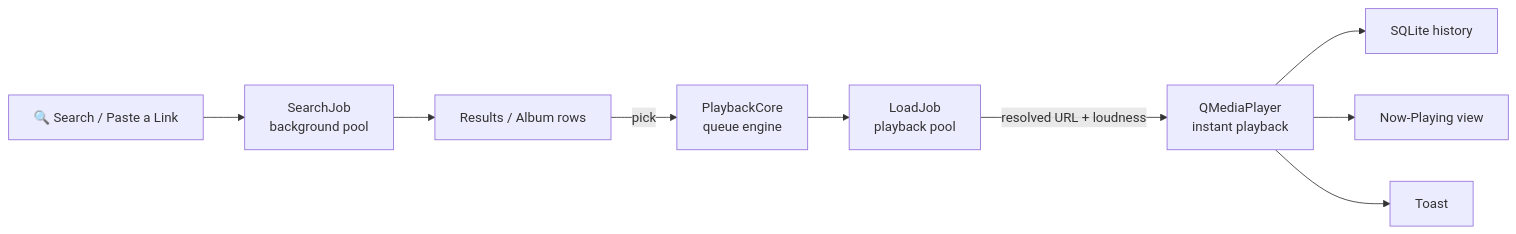
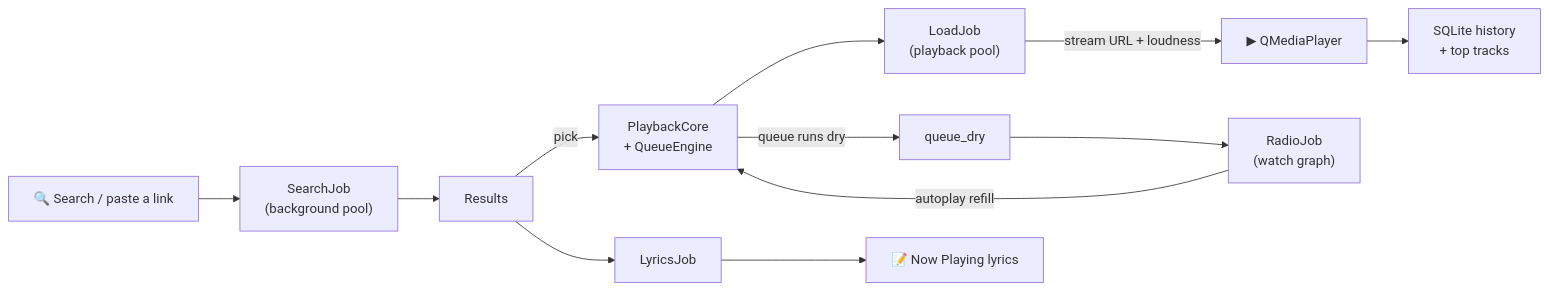
The diagram in README.md (qtjg/hearth), drawn with Mermaid before and after one commit. The commit also changed other lines of this file and 2 other files, not shown here.

Commit message:
readme: 3D animated hero + isometric system-stack diagram, badges & wave footer

````diff
--- a/README.md
+++ b/README.md
@@ -63,11 +42,13 @@
 ```mermaid
 flowchart LR
-    A["🔍 Search / Paste a Link"] --> B["SearchJob<br/>background pool"]
-    B --> C["Results / Album rows"]
-    C -->|pick| D["PlaybackCore<br/>queue engine"]
-    D --> E["LoadJob<br/>playback pool"]
-    E -->|resolved URL + loudness| F["QMediaPlayer<br/>instant playback"]
-    F --> G["SQLite history"]
-    F --> H["Now-Playing view"]
-    F --> I["Toast"]
+    A["🔍 Search / paste a link"] --> B["SearchJob<br/>(background pool)"]
+    B --> C["Results"]
+    C -->|pick| D["PlaybackCore<br/>+ QueueEngine"]
+    D --> E["LoadJob<br/>(playback pool)"]
+    E -->|"stream URL + loudness"| F["▶ QMediaPlayer"]
+    F --> G["SQLite history<br/>+ top tracks"]
+    D -->|"queue runs dry"| H["queue_dry"]
+    H --> I["RadioJob<br/>(watch graph)"]
+    I -->|"autoplay refill"| D
+    C --> J["LyricsJob"] --> K["📝 Now Playing lyrics"]
 ```
````
